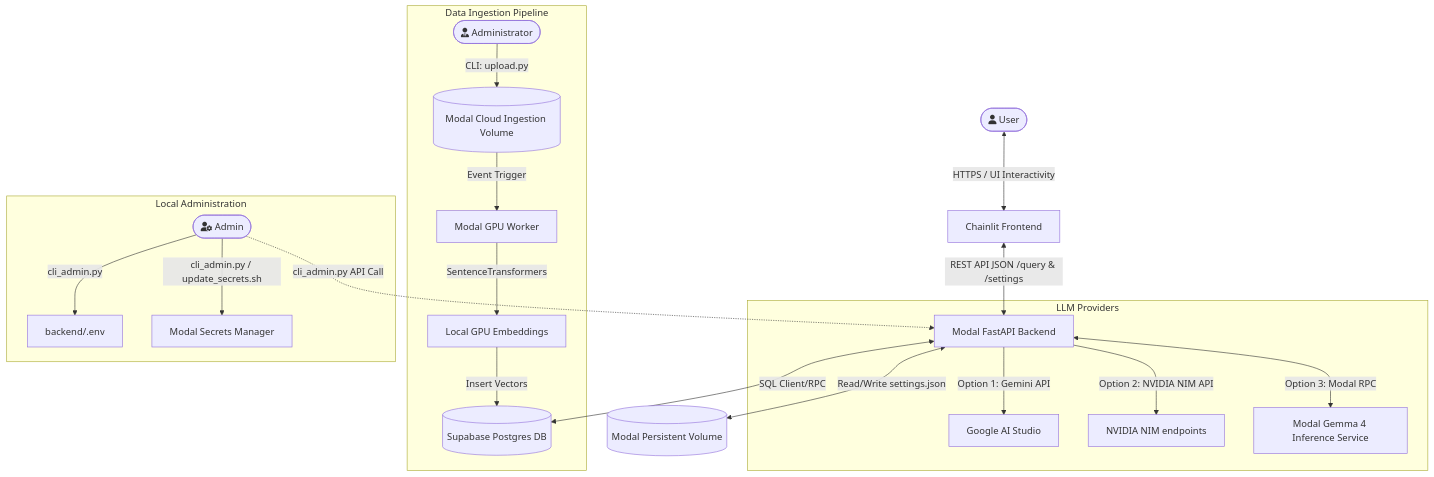
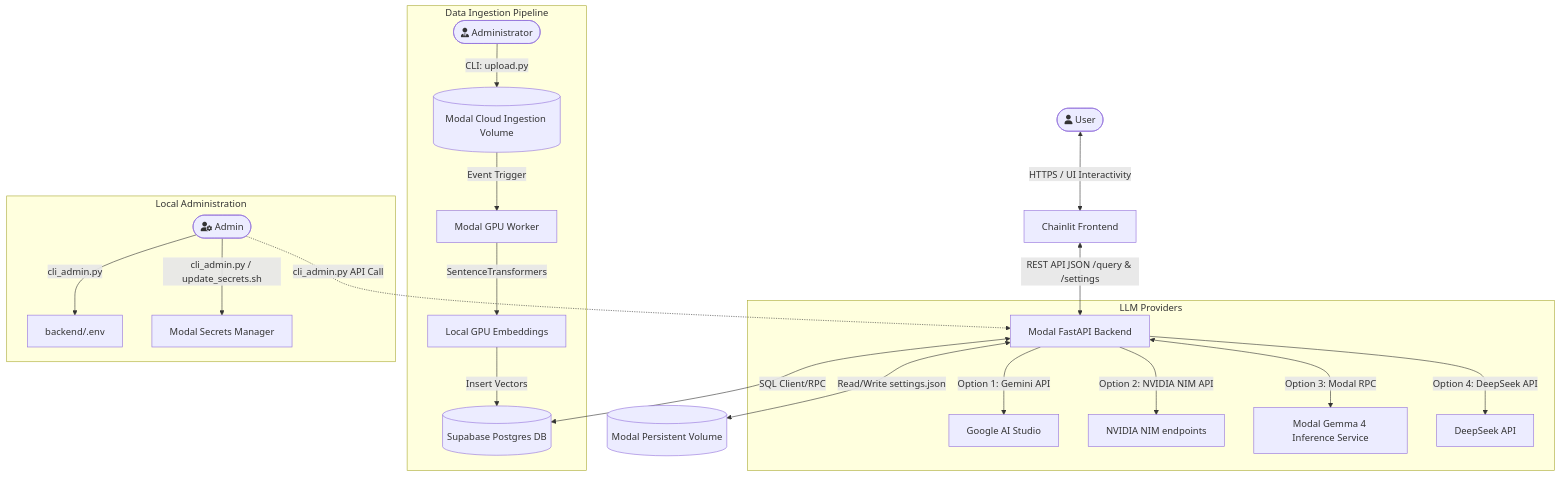
One commit to BongweKE/acAIcia changed the diagram in docs/architecture.md. Above: the diagram before and after it, drawn with Mermaid. The commit also changed 15 other files, not shown here.

````diff
--- a/docs/architecture.md
+++ b/docs/architecture.md
@@ -11,31 +11,32 @@
 ```mermaid
 flowchart TD
     User([fa:fa-user User]) <-->|HTTPS / UI Interactivity| UI[Chainlit Frontend]
     UI <-->|REST API JSON /query & /settings| API[Modal FastAPI Backend]
     API <-->|SQL Client/RPC| DB[(Supabase Postgres DB)]
     
     %% Config & Volume
     API <-->|Read/Write settings.json| Vol[(Modal Persistent Volume)]
     
     %% Provider Routing
     subgraph LLM Providers
         API -->|Option 1: Gemini API| Gemini[Google AI Studio]
         API -->|Option 2: NVIDIA NIM API| NIM[NVIDIA NIM endpoints]
         API <-->|Option 3: Modal RPC| Gemma[Modal Gemma 4 Inference Service]
+        API -->|Option 4: DeepSeek API| DeepSeek[DeepSeek API]
     end
     
     %% Ingestion
     subgraph Data Ingestion Pipeline
         IngestAdmin([fa:fa-user-tie Administrator]) -->|CLI: upload.py| IngestVol[(Modal Cloud Ingestion Volume)]
         IngestVol -->|Event Trigger| Worker[Modal GPU Worker]
         Worker -->|SentenceTransformers| LocalEmbed[Local GPU Embeddings]
         LocalEmbed -->|Insert Vectors| DB
     end
 
     %% CLI Administration
     subgraph Local Administration
         Admin([fa:fa-user-cog Admin]) -->|cli_admin.py| Env[backend/.env]
         Admin -->|cli_admin.py / update_secrets.sh| Secrets[Modal Secrets Manager]
         Admin -.->|cli_admin.py API Call| API
     end
 ```
````
